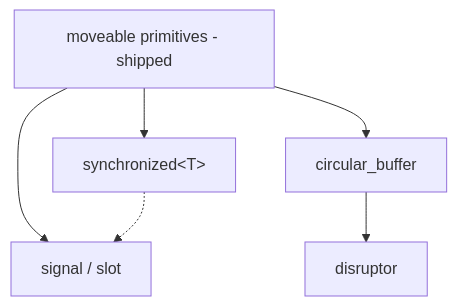
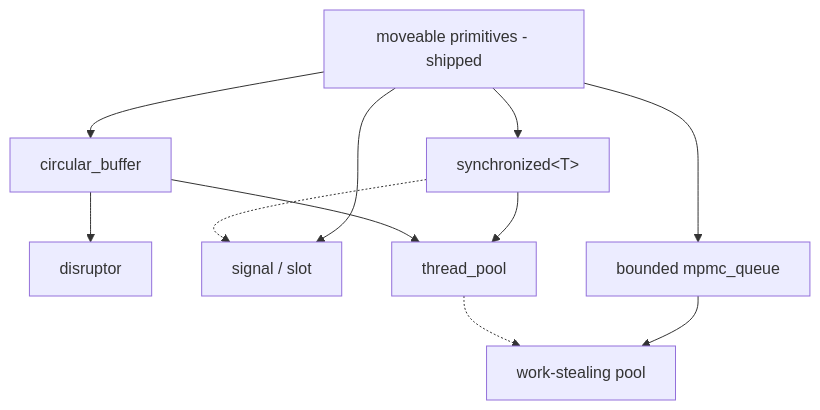
One commit to saxonnicholls/ts-moveables changed the diagram in FUTURE_DIRECTIONS.md. Above: the diagram before and after it, drawn with Mermaid. The commit also changed other lines of this file and 11 other files, not shown here.

Commit message:
Add bounded MPMC queue + Chase-Lev work-stealing pool

````diff
--- a/FUTURE_DIRECTIONS.md
+++ b/FUTURE_DIRECTIONS.md
@@ -14,8 +14,13 @@
 ```mermaid
 graph TD
     P[moveable primitives - shipped] --> S[synchronized&lt;T&gt;]
     P --> R[circular_buffer]
     R --> D[disruptor]
     P --> G[signal / slot]
     S -.-> G
+    S --> TP[thread_pool]
+    R --> TP
+    P --> Q[bounded mpmc_queue]
+    Q --> WS[work-stealing pool]
+    TP -.-> WS
 ```
````
